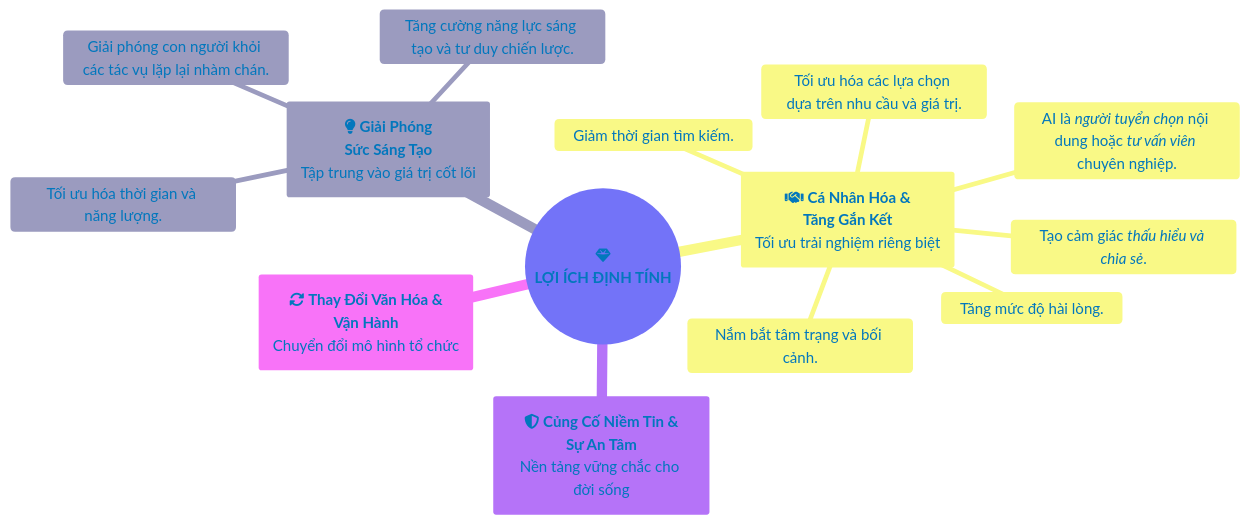
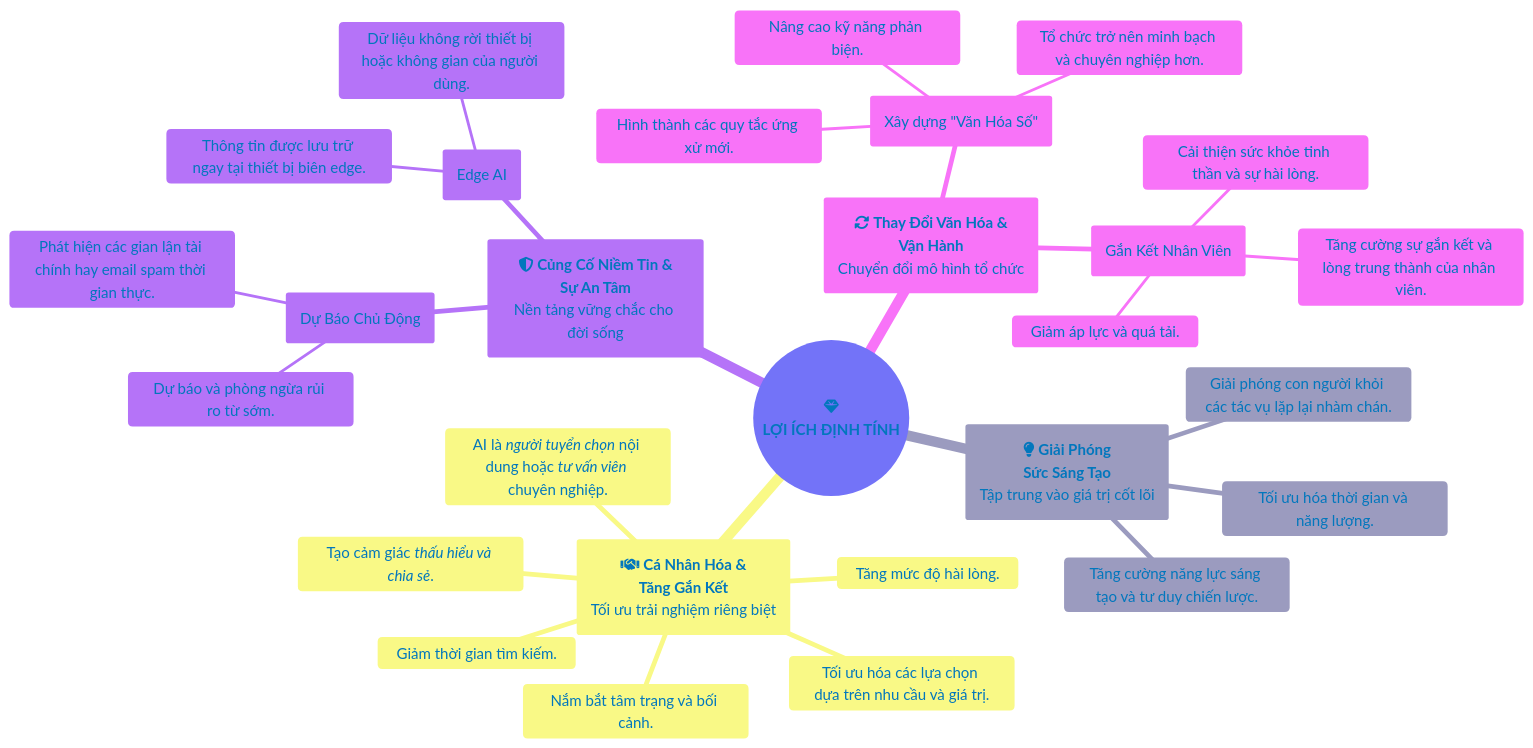
One commit to sam-uit/typst-report-template changed the diagram in content/diagrams/chuong04-loiichdinhtinh.mmd. Above: the diagram before and after it, drawn with Mermaid.

```diff
--- a/content/diagrams/chuong04-loiichdinhtinh.mmd
+++ b/content/diagrams/chuong04-loiichdinhtinh.mmd
@@ -1,26 +1,40 @@
 ---
 config:
   theme: neo
   themeVariables:
     primaryColor: '#e1f5fe'
     primaryTextColor: '#0277bd'
     primaryBorderColor: '#0288d1'
     lineColor: '#0288d1'
     fontFamily: 'Google Sans'
     fontSize: 16px
 ---
 mindmap
 root((fa:fa-gem <br/>**LỢI ÍCH ĐỊNH TÍNH**))
   (fa:fa-lightbulb **Giải Phóng<br/>Sức Sáng Tạo**<br/>Tập trung vào giá trị cốt lõi)
     Giải phóng con người khỏi các tác vụ lặp lại nhàm chán.
     Tăng cường năng lực sáng tạo và tư duy chiến lược.
     Tối ưu hóa thời gian và năng lượng.
   (fa:fa-handshake **Cá Nhân Hóa &<br/>Tăng Gắn Kết**<br/>Tối ưu trải nghiệm riêng biệt)
     AI là *người tuyển chọn* nội dung hoặc *tư vấn viên* chuyên nghiệp.
     Nắm bắt tâm trạng và bối cảnh.
     Tạo cảm giác *thấu hiểu và chia sẻ*.
     Tối ưu hóa các lựa chọn dựa trên nhu cầu và giá trị.
     Giảm thời gian tìm kiếm.
     Tăng mức độ hài lòng.
   (fa:fa-shield-alt **Củng Cố Niềm Tin &<br/>Sự An Tâm**<br/>Nền tảng vững chắc cho đời sống)
+    (Dự Báo Chủ Động)
+        Dự báo và phòng ngừa rủi ro từ sớm.
+        Phát hiện các gian lận tài chính hay email spam thời gian thực.
+    (Edge AI)
+      Thông tin được lưu trữ ngay tại thiết bị biên edge.
+      Dữ liệu không rời thiết bị hoặc không gian của người dùng.
   (fa:fa-sync-alt **Thay Đổi Văn Hóa &<br/>Vận Hành**<br/>Chuyển đổi mô hình tổ chức)
+    (Xây dựng "Văn Hóa Số")
+      Hình thành các quy tắc ứng xử mới.
+      Nâng cao kỹ năng phản biện.
+      Tổ chức trở nên minh bạch và chuyên nghiệp hơn.
+    (Gắn Kết Nhân Viên)
+      Giảm áp lực và quá tải.
+      Cải thiện sức khỏe tinh thần và sự hài lòng.
+      Tăng cường sự gắn kết và lòng trung thành của nhân viên.
```
